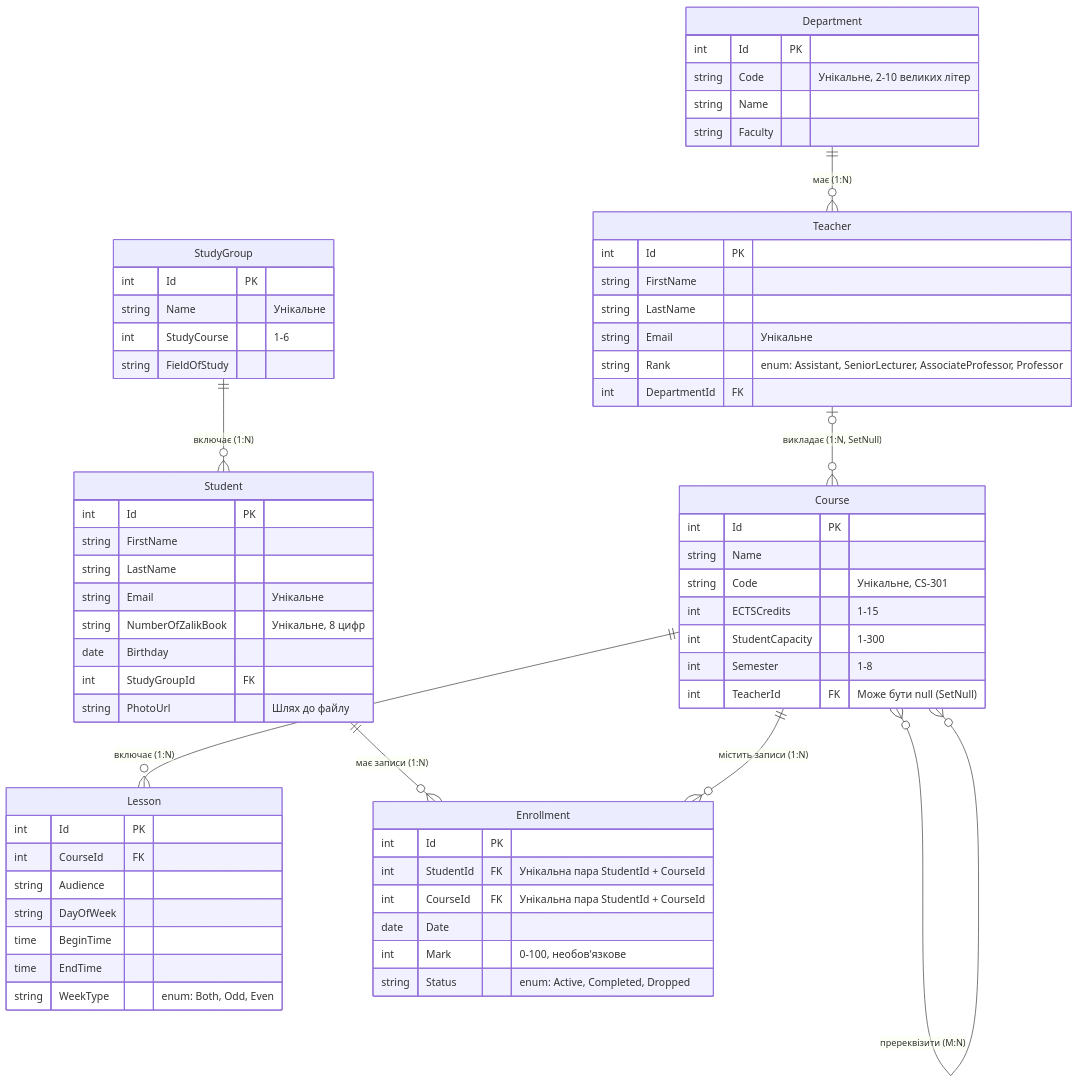
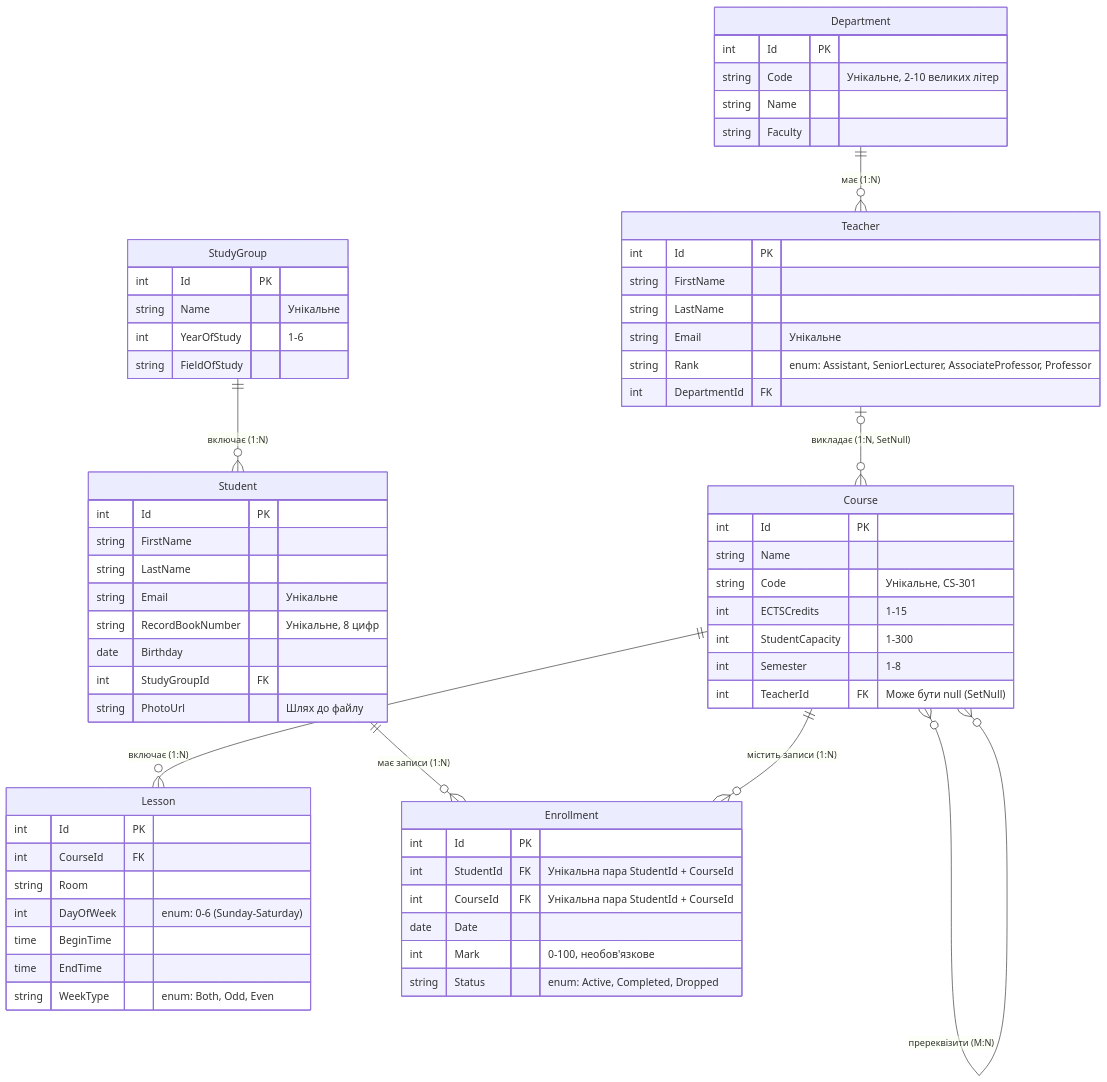
One commit to PNU-Server-Web-2026/team-01-university changed the diagram in docs/erd.md. Above: the diagram before and after it, drawn with Mermaid. The commit also changed other lines of this file, not shown here.

````diff
--- a/docs/erd.md
+++ b/docs/erd.md
@@ -1,74 +1,74 @@
 ```mermaid
 erDiagram
     Department ||--o{ Teacher : "має (1:N)"
     Teacher |o--o{ Course : "викладає (1:N, SetNull)"
     StudyGroup ||--o{ Student : "включає (1:N)"
     Course ||--o{ Lesson : "включає (1:N)"
     Course }o--o{ Course : "пререквізити (M:N)"
     Student ||--o{ Enrollment : "має записи (1:N)"
     Course ||--o{ Enrollment : "містить записи (1:N)"
     
 
     Department {
         int Id PK
         string Code "Унікальне, 2-10 великих літер"
         string Name
         string Faculty
     }
 
     Teacher {
         int Id PK
         string FirstName
         string LastName 
         string Email "Унікальне"
         string Rank "enum: Assistant, SeniorLecturer, AssociateProfessor, Professor"
         int DepartmentId FK
     }
 
     Course {
         int Id PK
         string Name
         string Code "Унікальне, CS-301"
         int ECTSCredits "1-15"
         int StudentCapacity "1-300"
         int Semester "1-8"
         int TeacherId FK "Може бути null (SetNull)"
     }
 
     StudyGroup {
         int Id PK
         string Name "Унікальне"
-        int StudyCourse "1-6"
+        int YearOfStudy "1-6"
         string FieldOfStudy
     }
 
     Student {
         int Id PK
         string FirstName
         string LastName 
         string Email "Унікальне"
-        string NumberOfZalikBook "Унікальне, 8 цифр"
+        string RecordBookNumber "Унікальне, 8 цифр"
         date Birthday
         int StudyGroupId FK
         string PhotoUrl "Шлях до файлу"
     }
 
     Enrollment {
         int Id PK
         int StudentId FK "Унікальна пара StudentId + CourseId"
         int CourseId FK "Унікальна пара StudentId + CourseId"
         date Date
         int Mark "0-100, необов'язкове"
         string Status "enum: Active, Completed, Dropped"
     }
 
     Lesson {
         int Id PK
         int CourseId FK
-        string Audience
-        string DayOfWeek
+        string Room
+        int DayOfWeek "enum: 0-6 (Sunday-Saturday)"
         time BeginTime
         time EndTime
         string WeekType "enum: Both, Odd, Even"
     }
 ```
````
